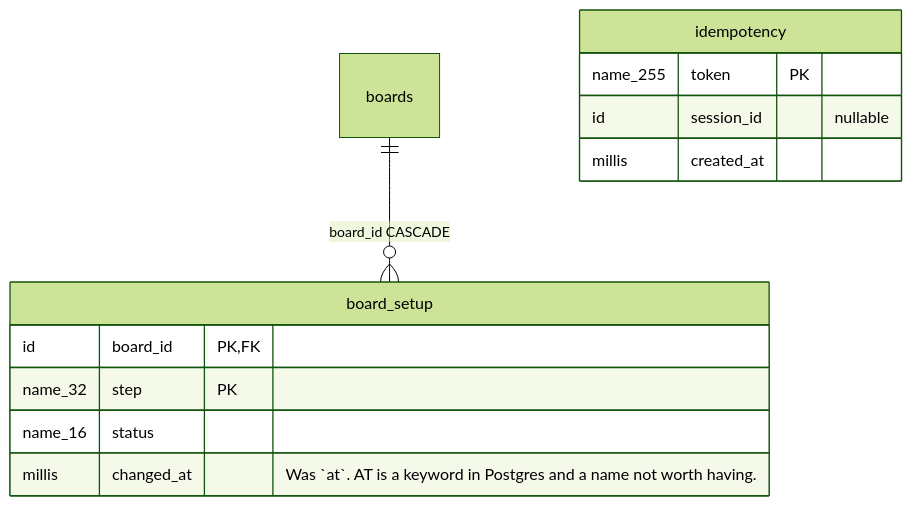
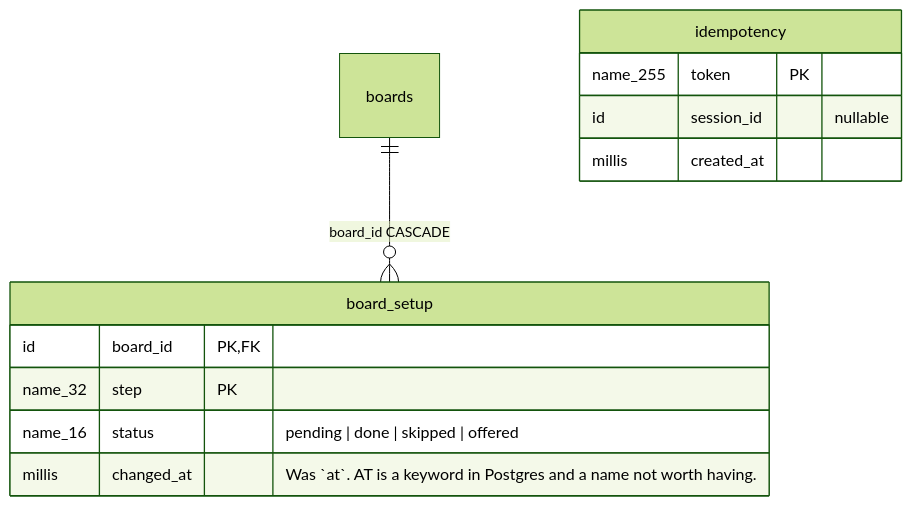
The eighth of 8 diagrams in docs/schema/erd.md (artipop/xciii), drawn with Mermaid (forest theme) before and after one commit. The commit also changed other lines of this file and 3 other files, not shown here.

First line of the commit message:
Put the closed sets on the diagram

````diff
--- a/docs/schema/erd.md
+++ b/docs/schema/erd.md
@@ -483,16 +488,16 @@
 ```mermaid
 erDiagram
     boards ||--o{ board_setup : "board_id CASCADE"
 
     idempotency {
         name_255 token PK
         id session_id "nullable"
         millis created_at
     }
     board_setup {
         id board_id PK, FK
         name_32 step PK
-        name_16 status
+        name_16 status "pending | done | skipped | offered"
         millis changed_at "Was `at`. AT is a keyword in Postgres and a name not worth having."
     }
 ```
````
